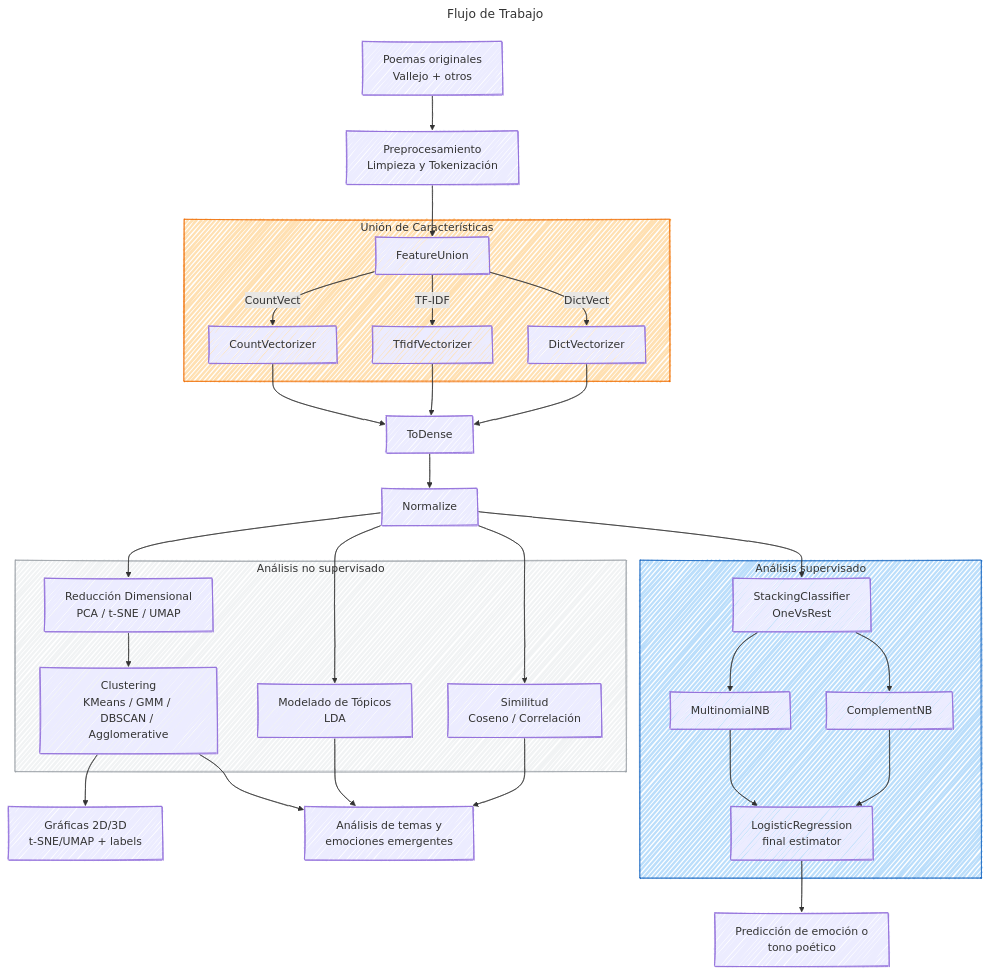
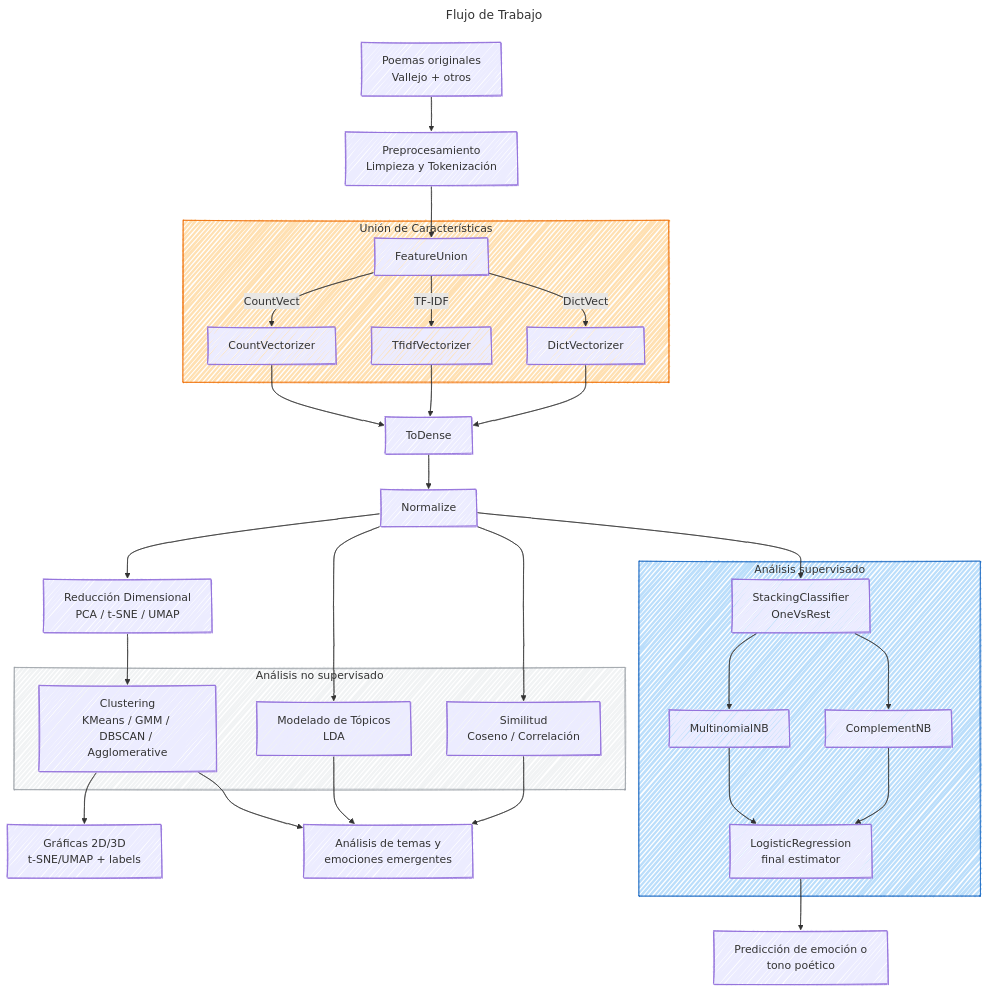
One commit to HubertRonald/VersoVector changed the diagram in README.md. Above: the diagram before and after it, drawn with Mermaid. The commit also changed other lines of this file, not shown here.

````diff
--- a/README.md
+++ b/README.md
@@ -49,63 +48,64 @@
 ```mermaid
 ---
 title: Flujo de Trabajo
 ---
 %%{init: {
     'look':'handDrawn',
     'theme':'default',
     'flowchart': {
       'layoutDirection': "TD"
     }
   }
 }%%
 flowchart
     A[Poemas originales<br>Vallejo + otros] --> B[Preprocesamiento<br>Limpieza y Tokenización]
 
     %% Representación expandida
     B --> S2[FeatureUnion]
 
     subgraph FeatureUnion["Unión de Características"]
     S2 -->|CountVect| S21[CountVectorizer]
     S2 -->|TF-IDF| S22[TfidfVectorizer]
     S2 -->|DictVect| S23[DictVectorizer]
     end
 
     %% unión de features
     S21 --> S3[ToDense]
     S22 --> S3[ToDense]
     S23 --> S3[ToDense]
     S3 --> S4[Normalize]
 
     %% Ramas no supervisadas
     S4 --> D[Reducción Dimensional<br>PCA / t-SNE / UMAP]
     S4 --> F[Modelado de Tópicos<br>LDA]
     S4 --> G[Similitud<br>Coseno / Correlación]
+    D --> E[Clustering<br>KMeans / GMM / DBSCAN / Agglomerative]
 
     subgraph Clustering["Análisis no supervisado"]
-    D --> E[Clustering<br>KMeans / GMM / DBSCAN / Agglomerative]
+    E[Clustering<br>KMeans / GMM / DBSCAN / Agglomerative]
     F[Modelado de Tópicos<br>LDA]
     G[Similitud<br>Coseno / Correlación]
     end
 
     E --> H1[Gráficas 2D/3D<br>t-SNE/UMAP + labels]
     F --> H2
     G --> H2
     E --> H2[Análisis de temas y<br>emociones emergentes]
 
     %% Rama supervisada detallada
     S4 --> S5[StackingClassifier<br>OneVsRest]
 
     subgraph Stacking["Análisis supervisado"]
     S5 --> S51[MultinomialNB]
     S5 --> S52[ComplementNB]
     S51 --> S6[LogisticRegression<br>final estimator]
     S52 --> S6[LogisticRegression<br>final estimator]
     end
 
     S6 --> E2[Predicción de emoción o<br>tono poético]
 
     %% === Estilos de subgraphs con colores ===
     style FeatureUnion fill:#FFE0B2,stroke:#EF6C00,stroke-width:2px  %% naranja claro
     style Stacking fill:#BBDEFB,stroke:#1565C0,stroke-width:2px       %% azul claro
     style Clustering fill:#F1F3F4,stroke:#9AA0A6,stroke-width:1px     %% gris claro
 ```
````
